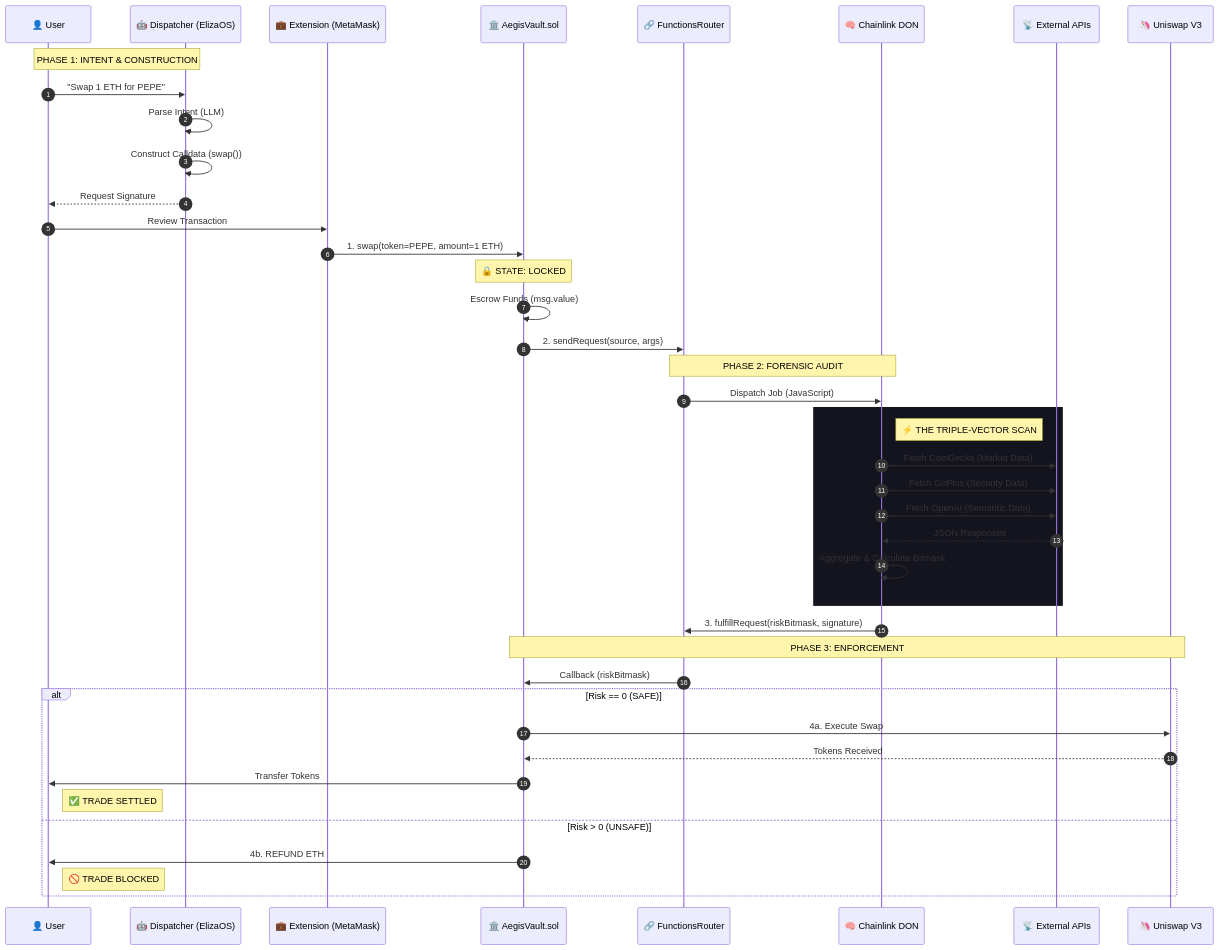
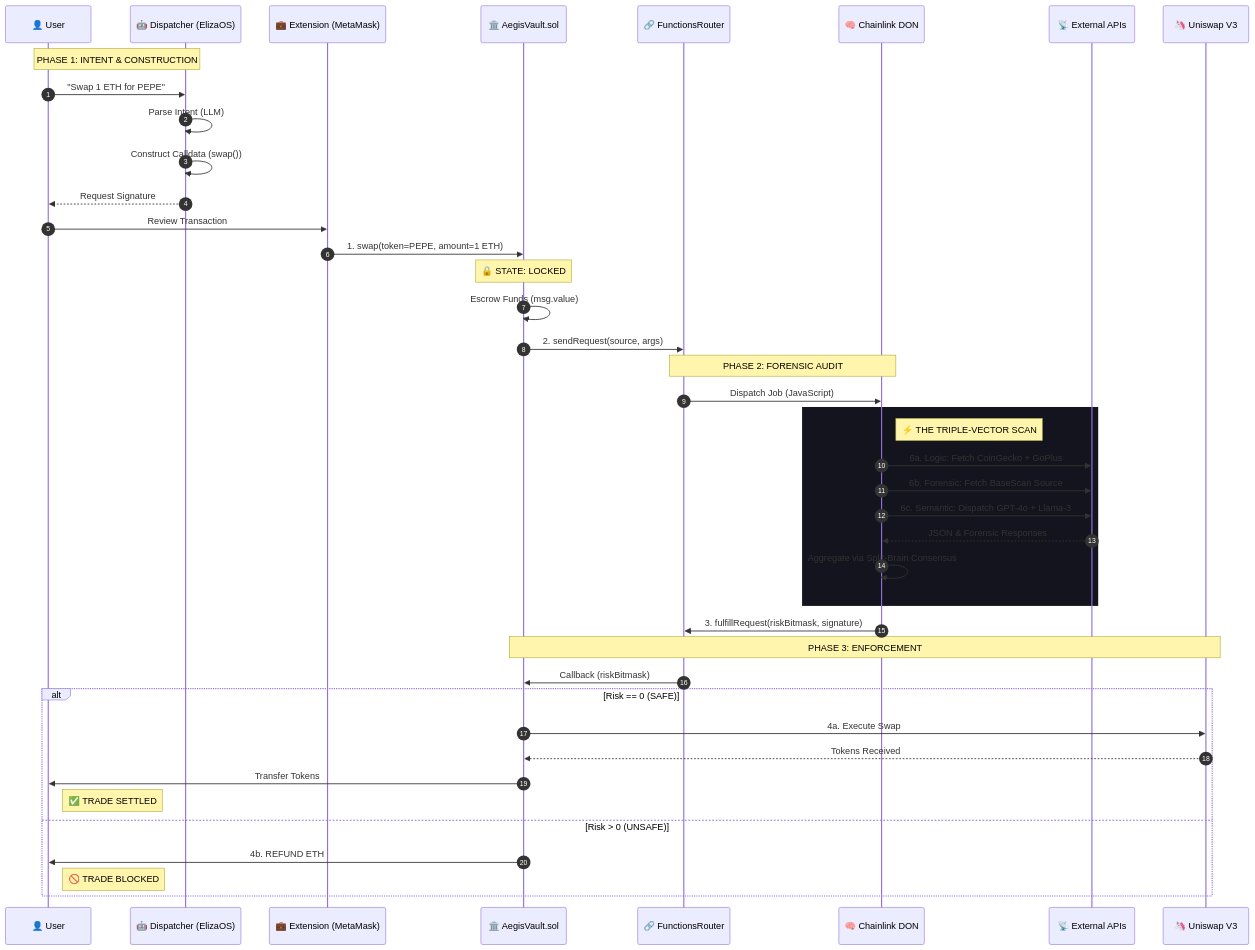
The first of 5 diagrams in docs/SYSTEM_FLOWS.md (vjb/aegis-risk-orace), drawn with Mermaid before and after one commit. The commit also changed 24 other files, not shown here.

````diff
--- a/docs/SYSTEM_FLOWS.md
+++ b/docs/SYSTEM_FLOWS.md
@@ -12,53 +12,53 @@
 ```mermaid
 sequenceDiagram
     autonumber
     
     participant User as 👤 User
     participant Dispatcher as 🤖 Dispatcher (ElizaOS)
     participant Wallet as 💼 Extension (MetaMask)
     participant Vault as 🏛️ AegisVault.sol
     participant Router as 🔗 FunctionsRouter
     participant DON as 🧠 Chainlink DON
     participant APIs as 📡 External APIs
     participant DEX as 🦄 Uniswap V3
 
     Note over User, Dispatcher: PHASE 1: INTENT & CONSTRUCTION
     User->>Dispatcher: "Swap 1 ETH for PEPE"
     Dispatcher->>Dispatcher: Parse Intent (LLM)
     Dispatcher->>Dispatcher: Construct Calldata (swap())
     Dispatcher-->>User: Request Signature
     
     User->>Wallet: Review Transaction
     Wallet->>Vault: 1. swap(token=PEPE, amount=1 ETH)
     
     Note over Vault: 🔒 STATE: LOCKED
     Vault->>Vault: Escrow Funds (msg.value)
     Vault->>Router: 2. sendRequest(source, args)
     
     Note over Router, DON: PHASE 2: FORENSIC AUDIT
     Router->>DON: Dispatch Job (JavaScript)
     
     rect rgb(20, 20, 30)
         Note right of DON: ⚡ THE TRIPLE-VECTOR SCAN
-        DON->>APIs: Fetch CoinGecko (Market Data)
-        DON->>APIs: Fetch GoPlus (Security Data)
-        DON->>APIs: Fetch OpenAI (Semantic Data)
-        APIs-->>DON: JSON Responses
-        DON->>DON: Aggregate & Calculate Bitmask
+        DON->>APIs: 6a. Logic: Fetch CoinGecko + GoPlus
+        DON->>APIs: 6b. Forensic: Fetch BaseScan Source
+        DON->>APIs: 6c. Semantic: Dispatch GPT-4o + Llama-3
+        APIs-->>DON: JSON & Forensic Responses
+        DON->>DON: Aggregate via Split-Brain Consensus
     end
     
     DON->>Router: 3. fulfillRequest(riskBitmask, signature)
     
     Note over Vault, DEX: PHASE 3: ENFORCEMENT
     Router->>Vault: Callback (riskBitmask)
     
     alt Risk == 0 (SAFE)
         Vault->>DEX: 4a. Execute Swap
         DEX-->>Vault: Tokens Received
         Vault->>User: Transfer Tokens
         Note right of User: ✅ TRADE SETTLED
     else Risk > 0 (UNSAFE)
         Vault->>User: 4b. REFUND ETH
         Note right of User: 🚫 TRADE BLOCKED
     end
 ```
````
